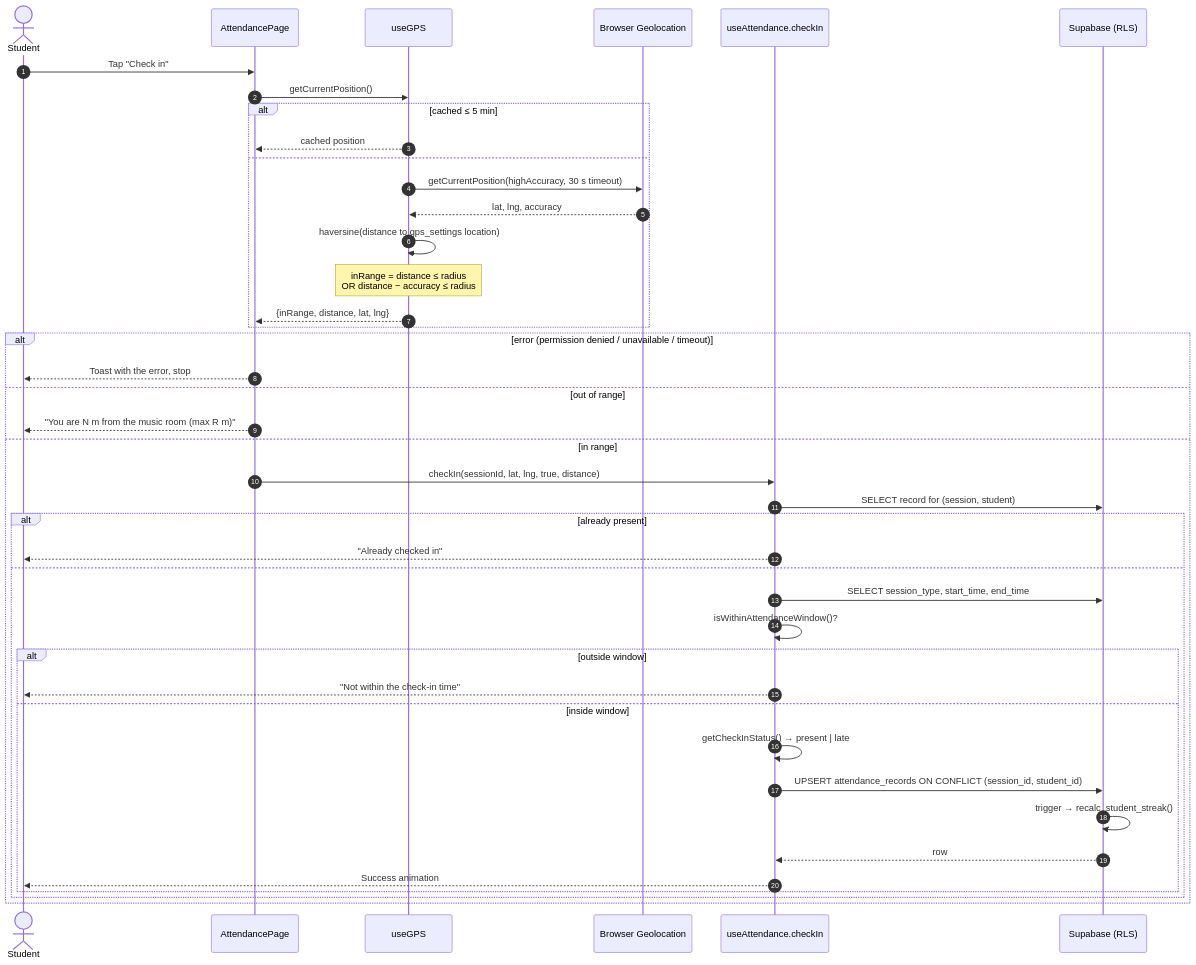
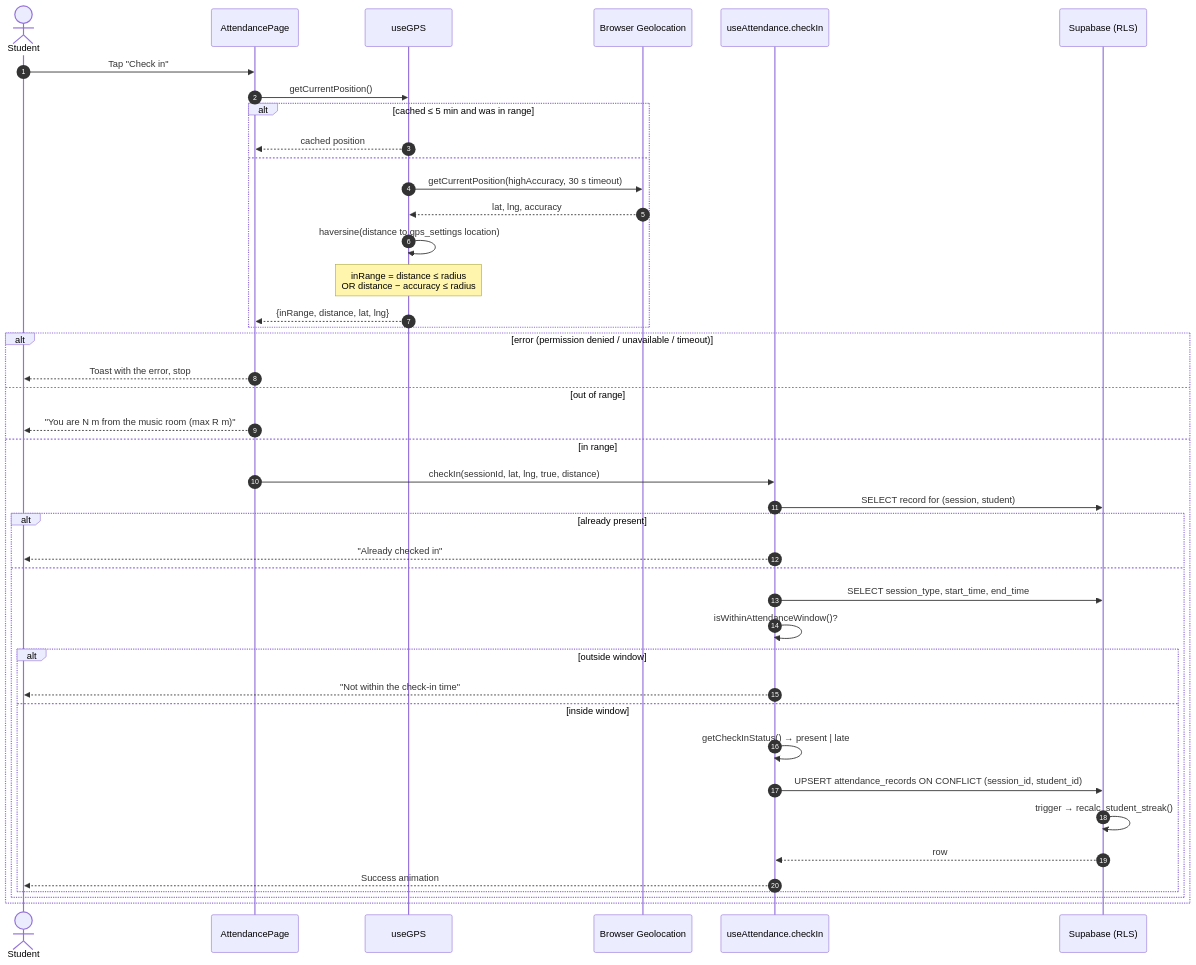
Before and after one commit to wachirawitraksa/marching-band-attendance: the fifth of 15 diagrams in README.md, drawn with Mermaid. The commit also changed other lines of this file and 1 other file, not shown here.

````diff
--- a/README.md
+++ b/README.md
@@ -254,46 +273,46 @@
 ```mermaid
 sequenceDiagram
     autonumber
     actor S as Student
     participant P as AttendancePage
     participant G as useGPS
     participant B as Browser Geolocation
     participant A as useAttendance.checkIn
     participant DB as Supabase (RLS)
 
     S->>P: Tap "Check in"
     P->>G: getCurrentPosition()
-    alt cached ≤ 5 min
+    alt cached ≤ 5 min and was in range
         G-->>P: cached position
     else
         G->>B: getCurrentPosition(highAccuracy, 30 s timeout)
         B-->>G: lat, lng, accuracy
         G->>G: haversine(distance to gps_settings location)
         Note over G: inRange = distance ≤ radius<br/>OR distance − accuracy ≤ radius
         G-->>P: {inRange, distance, lat, lng}
     end
 
     alt error (permission denied / unavailable / timeout)
         P-->>S: Toast with the error, stop
     else out of range
         P-->>S: "You are N m from the music room (max R m)"
     else in range
         P->>A: checkIn(sessionId, lat, lng, true, distance)
         A->>DB: SELECT record for (session, student)
         alt already present
             A-->>S: "Already checked in"
         else
             A->>DB: SELECT session_type, start_time, end_time
             A->>A: isWithinAttendanceWindow()?
             alt outside window
                 A-->>S: "Not within the check-in time"
             else inside window
                 A->>A: getCheckInStatus() → present | late
                 A->>DB: UPSERT attendance_records ON CONFLICT (session_id, student_id)
                 DB->>DB: trigger → recalc_student_streak()
                 DB-->>A: row
                 A-->>S: Success animation
             end
         end
     end
 ```
````
